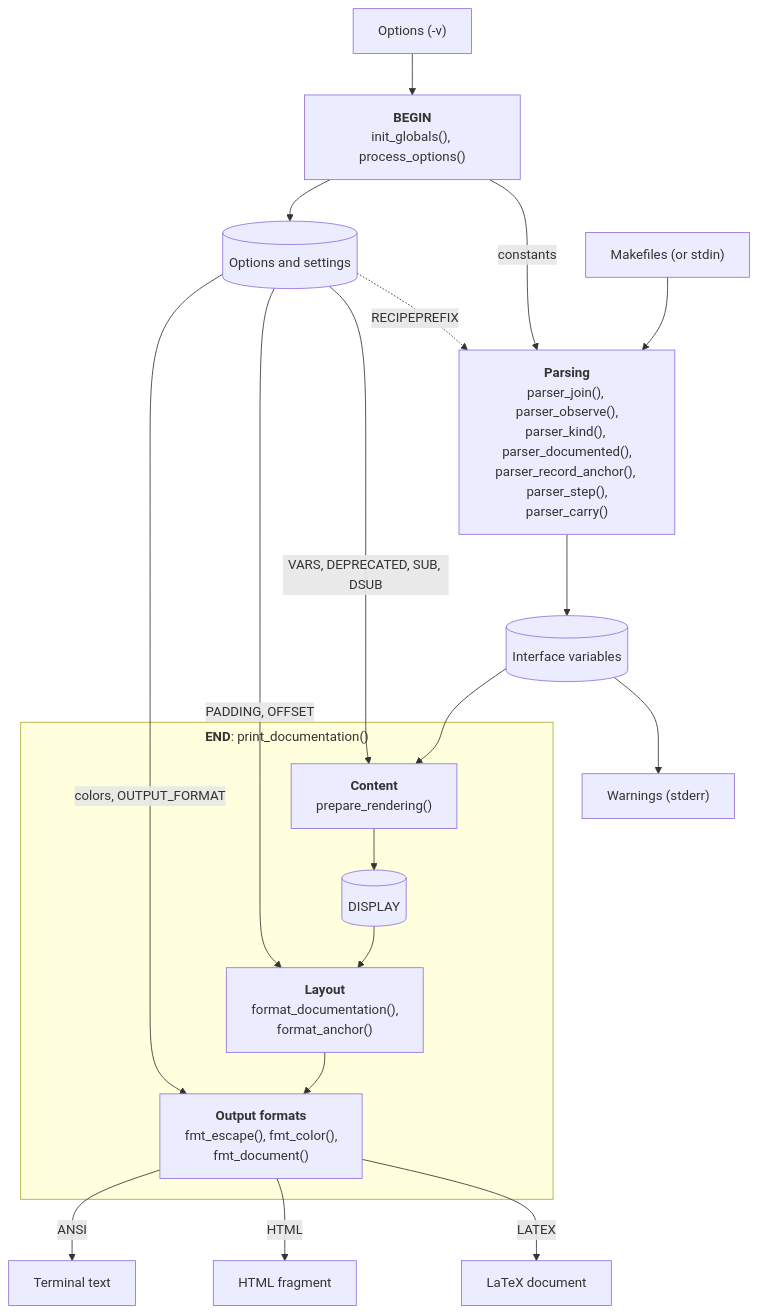
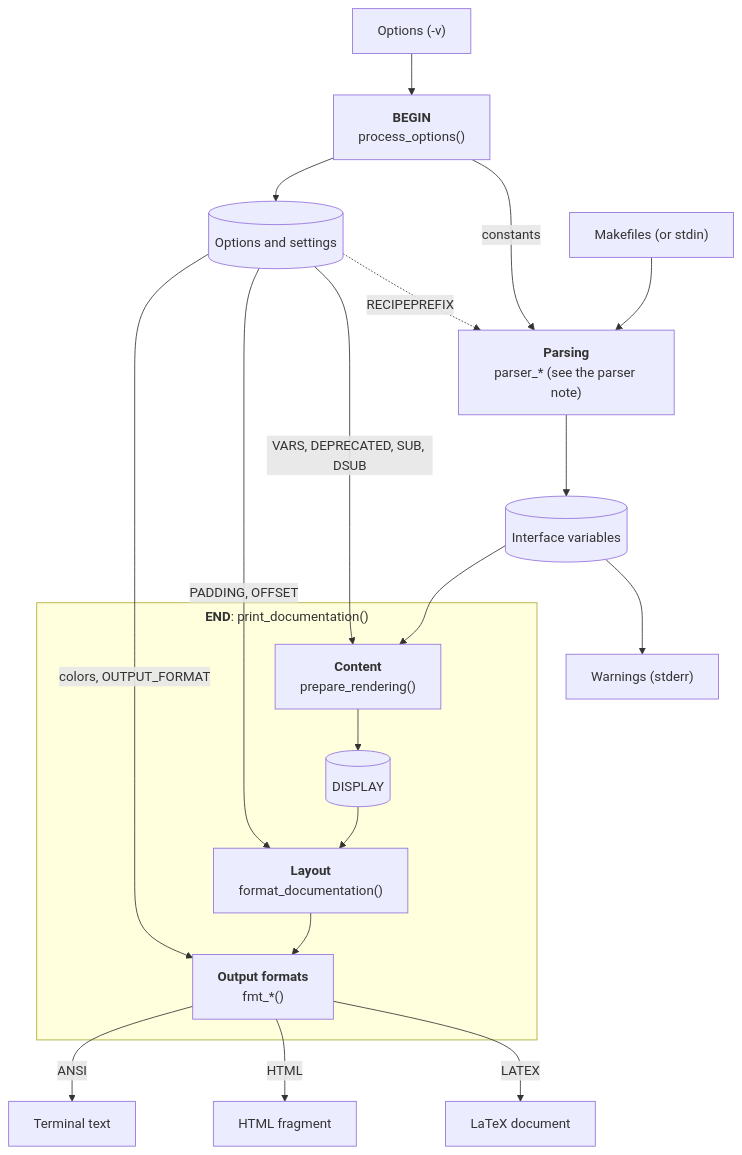
One commit to drdv/makefile-doc changed the diagram in test/README.md. Above: the diagram before and after it, drawn with Mermaid. The commit also changed 2 other files, not shown here.

Commit message:
Polish README

````diff
--- a/test/README.md
+++ b/test/README.md
@@ -298,34 +298,34 @@
 ```mermaid
 ---
 config:
   layout: dagre
   flowchart:
     curve: basis
     subGraphTitleMargin:
       top: 5
       bottom: 20
 ---
 flowchart TD
-    options["Options (-v)"] --> begin["<b>BEGIN</b><br/>init_globals(), process_options()"]
-    makefiles["Makefiles (or stdin)"] --> parsing["<b>Parsing</b><br/>parser_join(), parser_observe(),<br/>parser_kind(), parser_documented(),<br/>parser_record_anchor(), parser_step(),<br/>parser_carry()"]
+    options["Options (-v)"] --> begin["<b>BEGIN</b><br/>process_options()"]
+    makefiles["Makefiles (or stdin)"] --> parsing["<b>Parsing</b><br/>parser_* (see the parser note)"]
     begin -- "constants" --> parsing
     begin --> settings[("Options and settings")]
 
     settings -. "RECIPEPREFIX" .-> parsing
     parsing --> interface[("Interface variables")]
 
     subgraph end_ ["<b>END</b>: print_documentation()"]
         content["<b>Content</b><br/>prepare_rendering()"] --> display[("DISPLAY")]
-        display --> layout["<b>Layout</b><br/>format_documentation(),<br/>format_anchor()"]
-        layout --> formats["<b>Output formats</b><br/>fmt_escape(), fmt_color(),<br/>fmt_document()"]
+        display --> layout["<b>Layout</b><br/>format_documentation()"]
+        layout --> formats["<b>Output formats</b><br/>fmt_*()"]
     end
 
     interface --> content
     settings -- "VARS, DEPRECATED, SUB, DSUB" --> content
     settings -- "PADDING, OFFSET" --> layout
     settings -- "colors, OUTPUT_FORMAT" --> formats
     formats -- "ANSI" --> ansi["Terminal text"]
     formats -- "HTML" --> html["HTML fragment"]
     formats -- "LATEX" --> latex["LaTeX document"]
     interface --> stderr["Warnings (stderr)"]
 ```
````
